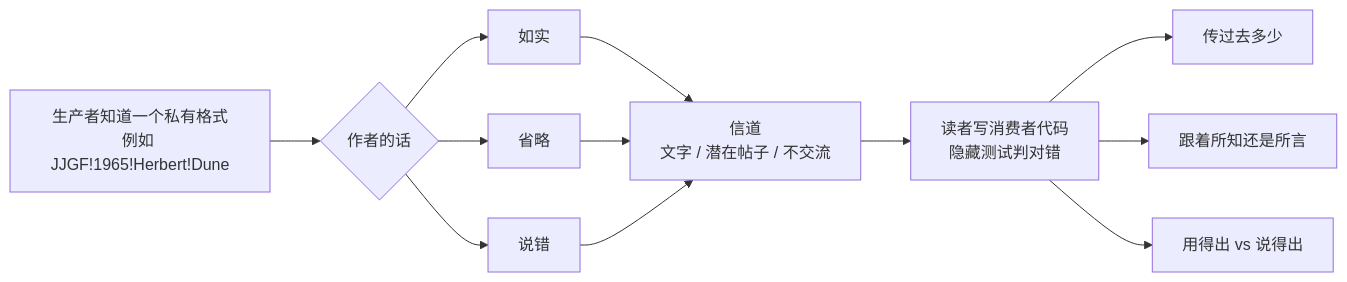
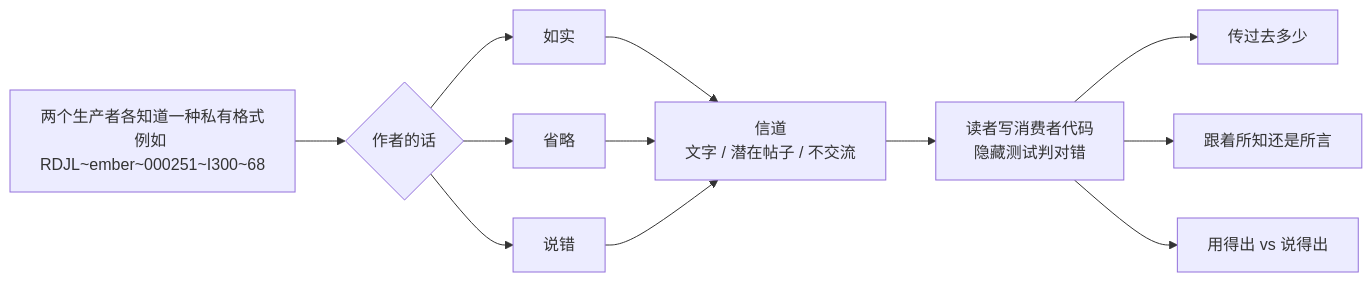
Before and after one commit to jwj1342/ThoughtForum: the third of 3 diagrams in README.md, drawn with Mermaid. The commit also changed other lines of this file and 5 other files, not shown here.

````diff
--- a/README.md
+++ b/README.md
@@ -51,12 +51,12 @@
 ```mermaid
 flowchart LR
-    S["生产者知道一个私有格式<br/>例如 JJGF!1965!Herbert!Dune"] --> W{"作者的话"}
+    S["两个生产者各知道一种私有格式<br/>例如 RDJL~ember~000251~I300~68"] --> W{"作者的话"}
     W --> W1["如实"]
     W --> W2["省略"]
     W --> W3["说错"]
     W1 & W2 & W3 --> CH["信道<br/>文字 / 潜在帖子 / 不交流"]
     CH --> R["读者写消费者代码<br/>隐藏测试判对错"]
     R --> M1["传过去多少"]
     R --> M2["跟着所知还是所言"]
     R --> M3["用得出 vs 说得出"]
 ```
````
